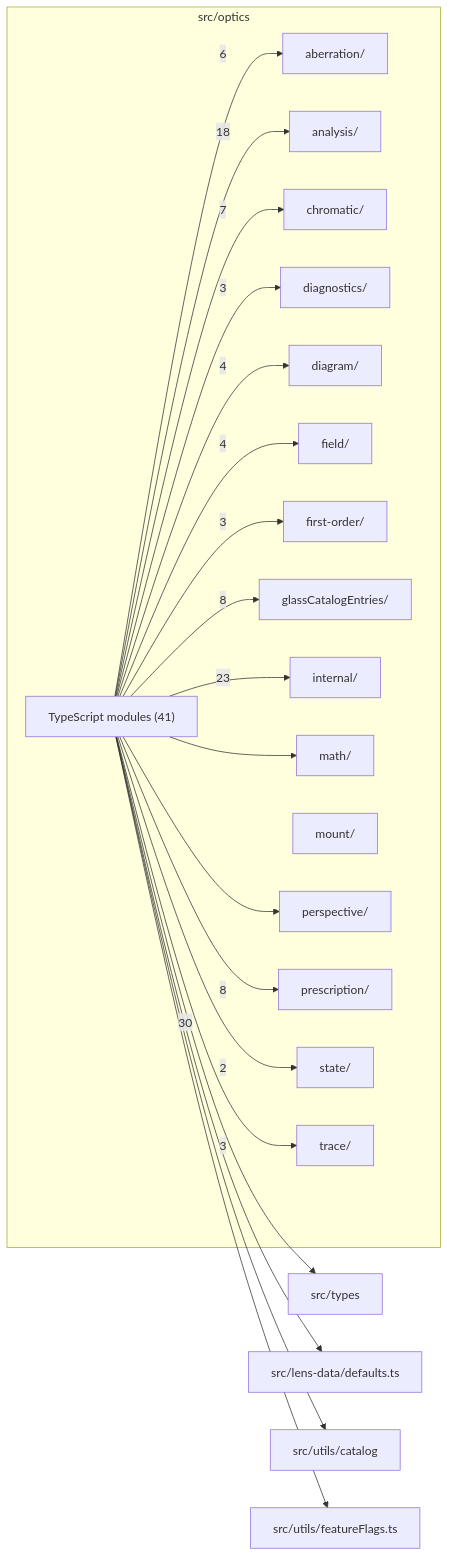
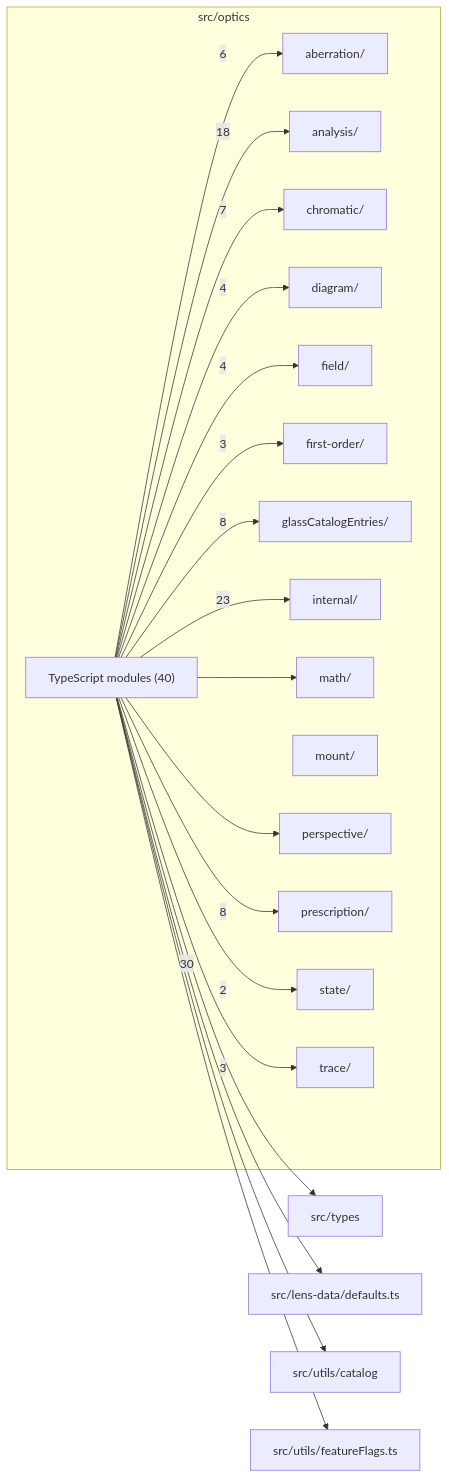
One commit to BeamFour/LensVisualizer changed the diagram in src/optics/readme.md. Above: the diagram before and after it, drawn with Mermaid. The commit also changed other lines of this file and 53 other files, not shown here.

````diff
--- a/src/optics/readme.md
+++ b/src/optics/readme.md
@@ -9,43 +9,41 @@
 ```mermaid
 flowchart LR
   subgraph n_src_optics["src/optics"]
     n_src_optics_src_optics_aberration["aberration/"]
     n_src_optics_src_optics_analysis["analysis/"]
     n_src_optics_src_optics_chromatic["chromatic/"]
-    n_src_optics_src_optics_diagnostics["diagnostics/"]
     n_src_optics_src_optics_diagram["diagram/"]
     n_src_optics_src_optics_field["field/"]
     n_src_optics_src_optics_first_order["first-order/"]
     n_src_optics_src_optics_glassCatalogEntries["glassCatalogEntries/"]
     n_src_optics_src_optics_internal["internal/"]
     n_src_optics_src_optics_math["math/"]
     n_src_optics_src_optics_mount["mount/"]
     n_src_optics_src_optics_perspective["perspective/"]
     n_src_optics_src_optics_prescription["prescription/"]
     n_src_optics_src_optics_state["state/"]
     n_src_optics_src_optics_trace["trace/"]
-    n_src_optics_TypeScript_modules["TypeScript modules (41)"]
+    n_src_optics_TypeScript_modules["TypeScript modules (40)"]
   end
   n_external_src_types["src/types"]
   n_external_src_lens_data_defaults_ts["src/lens-data/defaults.ts"]
   n_external_src_utils_catalog["src/utils/catalog"]
   n_external_src_utils_featureFlags_ts["src/utils/featureFlags.ts"]
   n_src_optics_TypeScript_modules --> |30| n_external_src_types
   n_src_optics_TypeScript_modules --> |23| n_src_optics_src_optics_internal
   n_src_optics_TypeScript_modules --> |18| n_src_optics_src_optics_analysis
   n_src_optics_TypeScript_modules --> |8| n_src_optics_src_optics_glassCatalogEntries
   n_src_optics_TypeScript_modules --> |8| n_src_optics_src_optics_prescription
   n_src_optics_TypeScript_modules --> |7| n_src_optics_src_optics_chromatic
   n_src_optics_TypeScript_modules --> |6| n_src_optics_src_optics_aberration
   n_src_optics_TypeScript_modules --> |4| n_src_optics_src_optics_diagram
   n_src_optics_TypeScript_modules --> |4| n_src_optics_src_optics_field
-  n_src_optics_TypeScript_modules --> |3| n_src_optics_src_optics_diagnostics
   n_src_optics_TypeScript_modules --> |3| n_src_optics_src_optics_first_order
   n_src_optics_TypeScript_modules --> |3| n_src_optics_src_optics_trace
   n_src_optics_TypeScript_modules --> |2| n_src_optics_src_optics_state
   n_src_optics_TypeScript_modules --> n_external_src_lens_data_defaults_ts
   n_src_optics_TypeScript_modules --> n_external_src_utils_catalog
   n_src_optics_TypeScript_modules --> n_external_src_utils_featureFlags_ts
   n_src_optics_TypeScript_modules --> n_src_optics_src_optics_math
   n_src_optics_TypeScript_modules --> n_src_optics_src_optics_perspective
 ```
````
